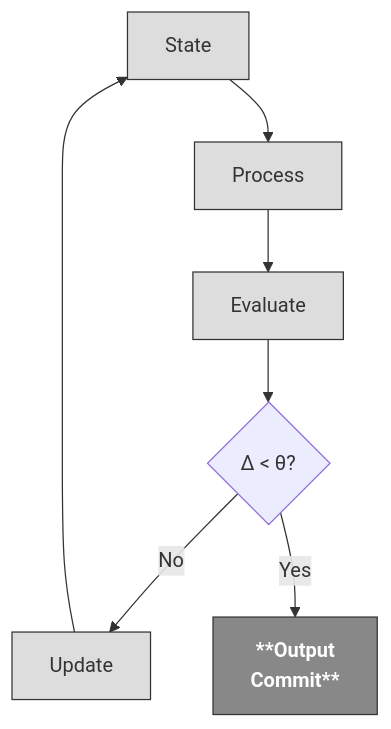
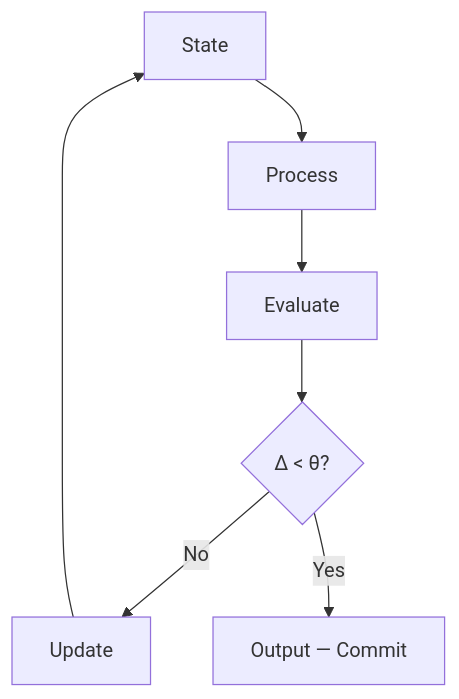
The second of 3 diagrams in papers/four-loop-convergence/four-loop-convergence.md (jamesrosing/jamesrosing), drawn with Mermaid before and after one commit. The commit also changed other lines of this file and 1 other file, not shown here.

Commit message:
Clean up Mermaid diagrams: remove colors, fix line breaks, simplify structure

````diff
--- a/papers/four-loop-convergence/four-loop-convergence.md
+++ b/papers/four-loop-convergence/four-loop-convergence.md
@@ -104,15 +97,9 @@
 ```mermaid
 flowchart TD
-    S["State"] --> P["Process"]
-    P --> E["Evaluate"]
-    E --> D{"Δ < θ?"}
-    D -- "No" --> U["Update"]
+    S[State] --> P[Process]
+    P --> E[Evaluate]
+    E --> D{Δ < θ?}
+    D -- No --> U[Update]
     U --> S
-    D -- "Yes" --> O["**Output\nCommit**"]
-
-    style S fill:#ddd,stroke:#333
-    style P fill:#ddd,stroke:#333
-    style E fill:#ddd,stroke:#333
-    style U fill:#ddd,stroke:#333
-    style O fill:#888,stroke:#333,color:#fff,font-weight:bold
+    D -- Yes --> O[Output — Commit]
 ```
````
